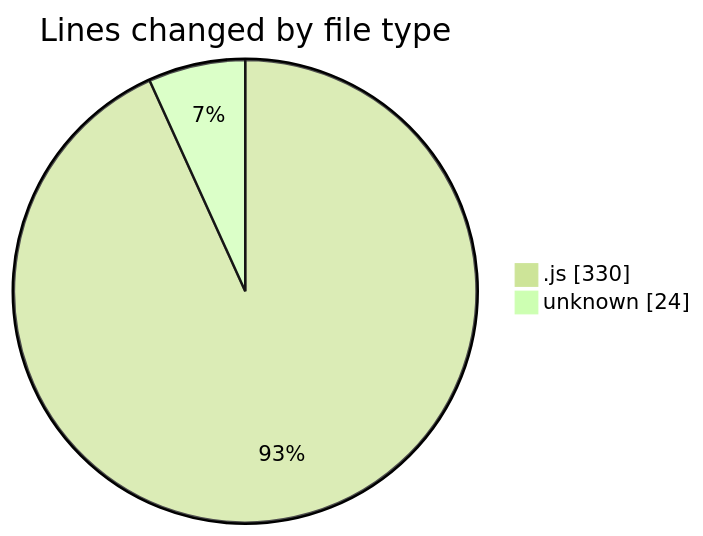
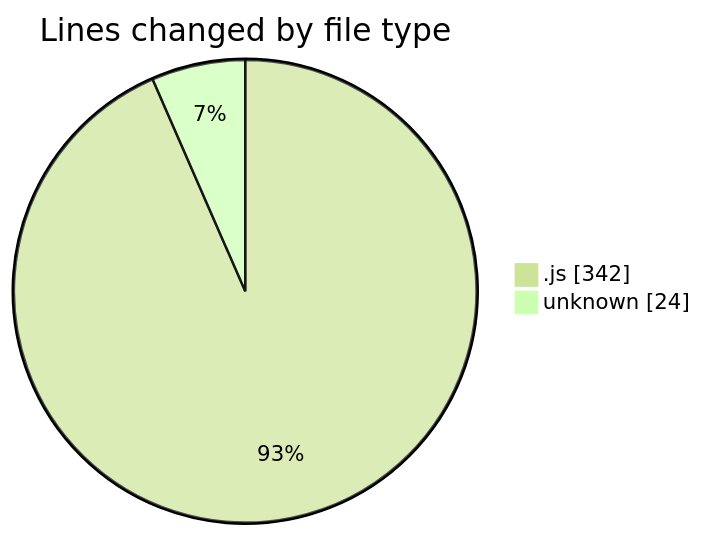
Before and after one commit to momahboobian/code-tracking: the first of 2 diagrams in 2025-02-05/cda/README.md, drawn with Mermaid (forest theme). The commit also changed other lines of this file and 1 other file, not shown here.

````diff
--- a/2025-02-05/cda/README.md
+++ b/2025-02-05/cda/README.md
@@ -27,6 +27,6 @@
 ```mermaid
 pie showData
 title Lines changed by file type
-".js" : 330
+".js" : 342
 "unknown" : 24
 ```
````
